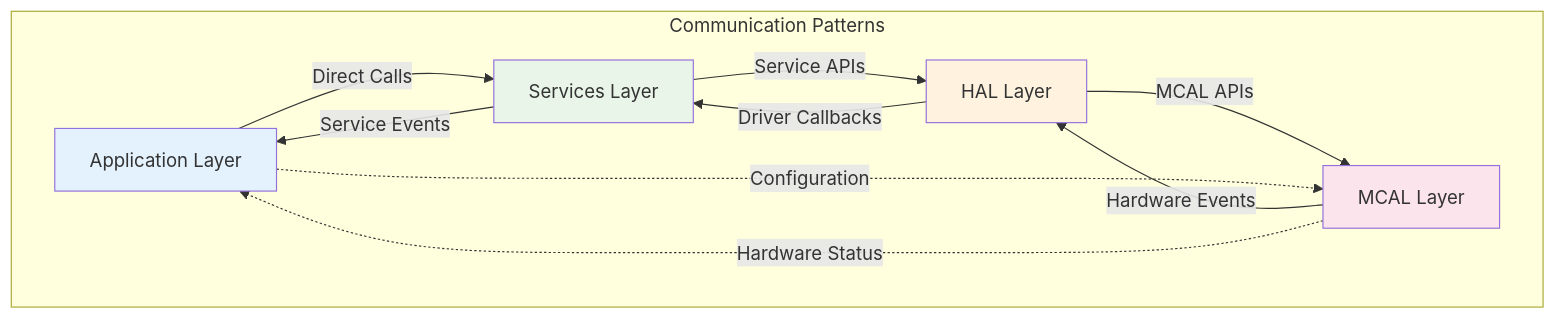
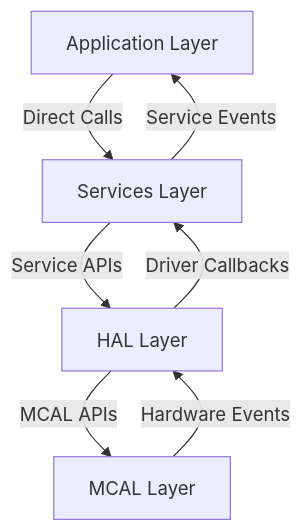
One commit to abdo-sayed1/Industrial_Predictive_Maintenance_AIoT changed the third of 9 diagrams in README.md. Above: the diagram before and after it, drawn with Mermaid. The commit also changed other lines of this file, not shown here.

````diff
--- a/README.md
+++ b/README.md
@@ -233,20 +192,9 @@
 ```mermaid
 graph TD
-    subgraph "Communication Patterns"
-        A[Application Layer] -->|Direct Calls| B[Services Layer]
-        B -->|Service APIs| C[HAL Layer]
-        C -->|MCAL APIs| D[MCAL Layer]
-        
-        D -->|Hardware Events| C
-        C -->|Driver Callbacks| B
-        B -->|Service Events| A
-        
-        A -.->|Configuration| D
-        D -.->|Hardware Status| A
-    end
-    
-    style A fill:#e3f2fd
-    style B fill:#e8f5e8
-    style C fill:#fff3e0
-    style D fill:#fce4ec
+    A[Application Layer] -->|Direct Calls| B[Services Layer]
+    B -->|Service APIs| C[HAL Layer]
+    C -->|MCAL APIs| D[MCAL Layer]
+    D -->|Hardware Events| C
+    C -->|Driver Callbacks| B
+    B -->|Service Events| A
 ```
````
